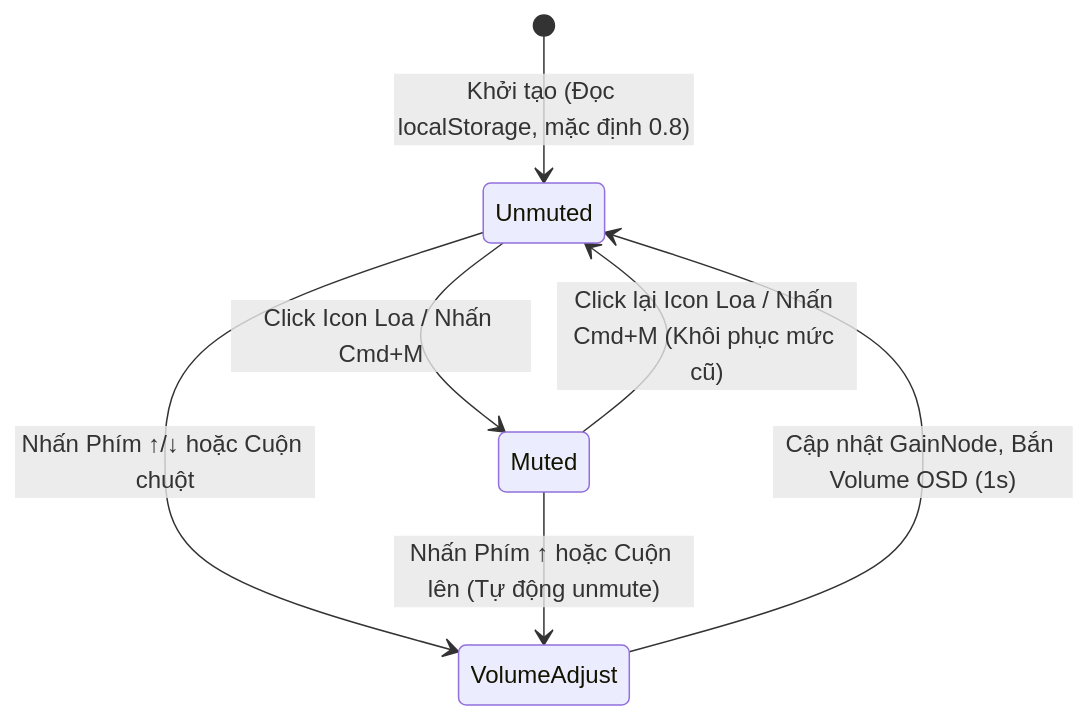
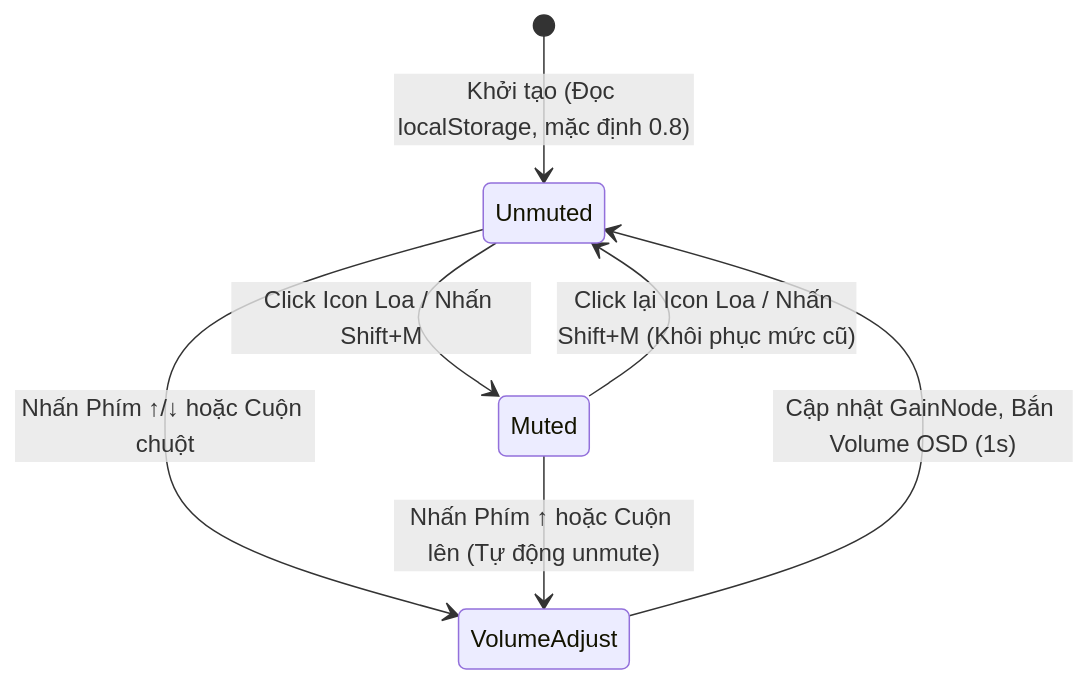
Before and after one commit to linhbv94/Media_Tool: the fifth of 6 diagrams in docs/spec/02_feature_flow.md, drawn with Mermaid. The commit also changed other lines of this file and 4 other files, not shown here.

````diff
--- a/docs/spec/02_feature_flow.md
+++ b/docs/spec/02_feature_flow.md
@@ -308,11 +306,11 @@
 ```mermaid
 stateDiagram-v2
     [*] --> Unmuted: Khởi tạo (Đọc localStorage, mặc định 0.8)
     
     Unmuted --> VolumeAdjust: Nhấn Phím ↑/↓ hoặc Cuộn chuột
     VolumeAdjust --> Unmuted: Cập nhật GainNode, Bắn Volume OSD (1s)
     
-    Unmuted --> Muted: Click Icon Loa / Nhấn Cmd+M
-    Muted --> Unmuted: Click lại Icon Loa / Nhấn Cmd+M (Khôi phục mức cũ)
+    Unmuted --> Muted: Click Icon Loa / Nhấn Shift+M
+    Muted --> Unmuted: Click lại Icon Loa / Nhấn Shift+M (Khôi phục mức cũ)
     Muted --> VolumeAdjust: Nhấn Phím ↑ hoặc Cuộn lên (Tự động unmute)
 ```
````
